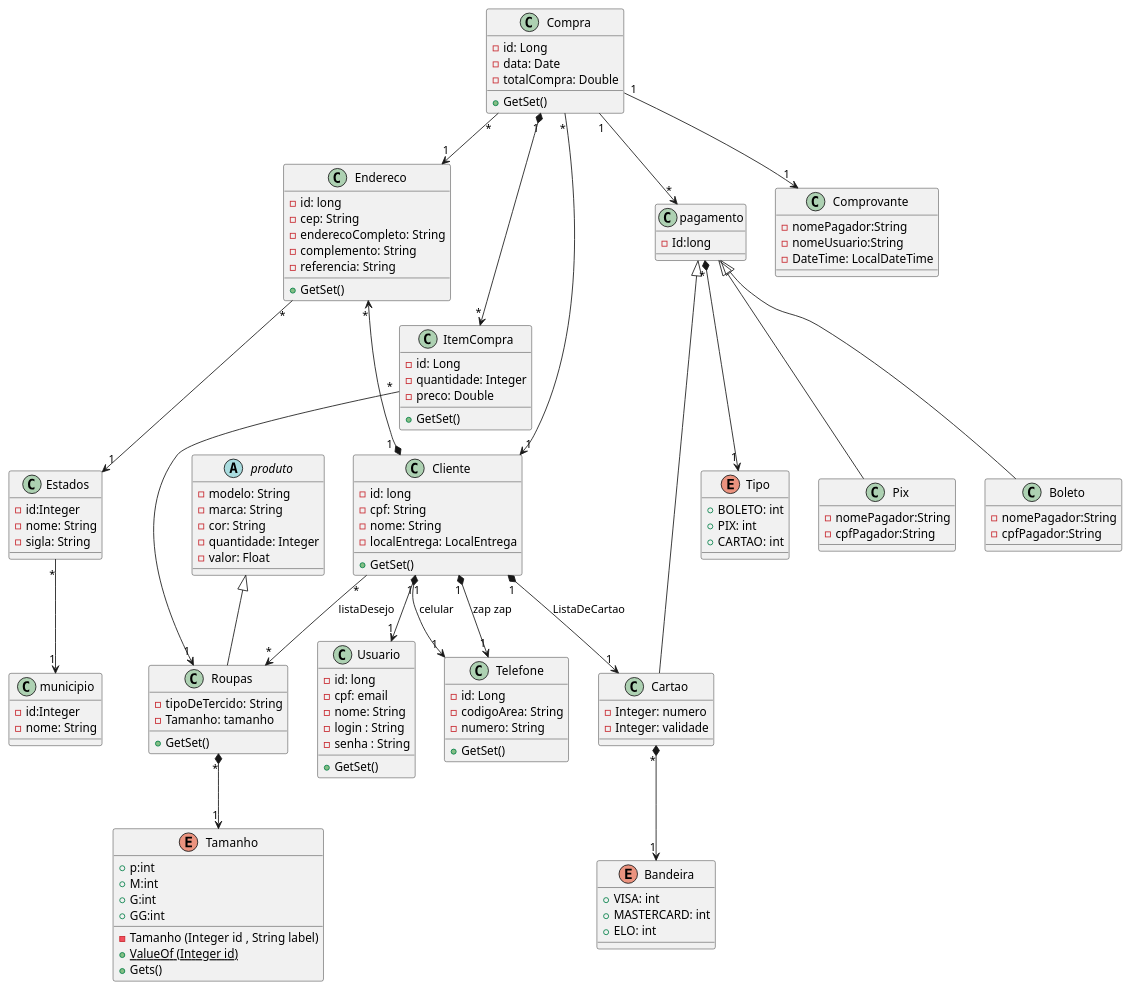
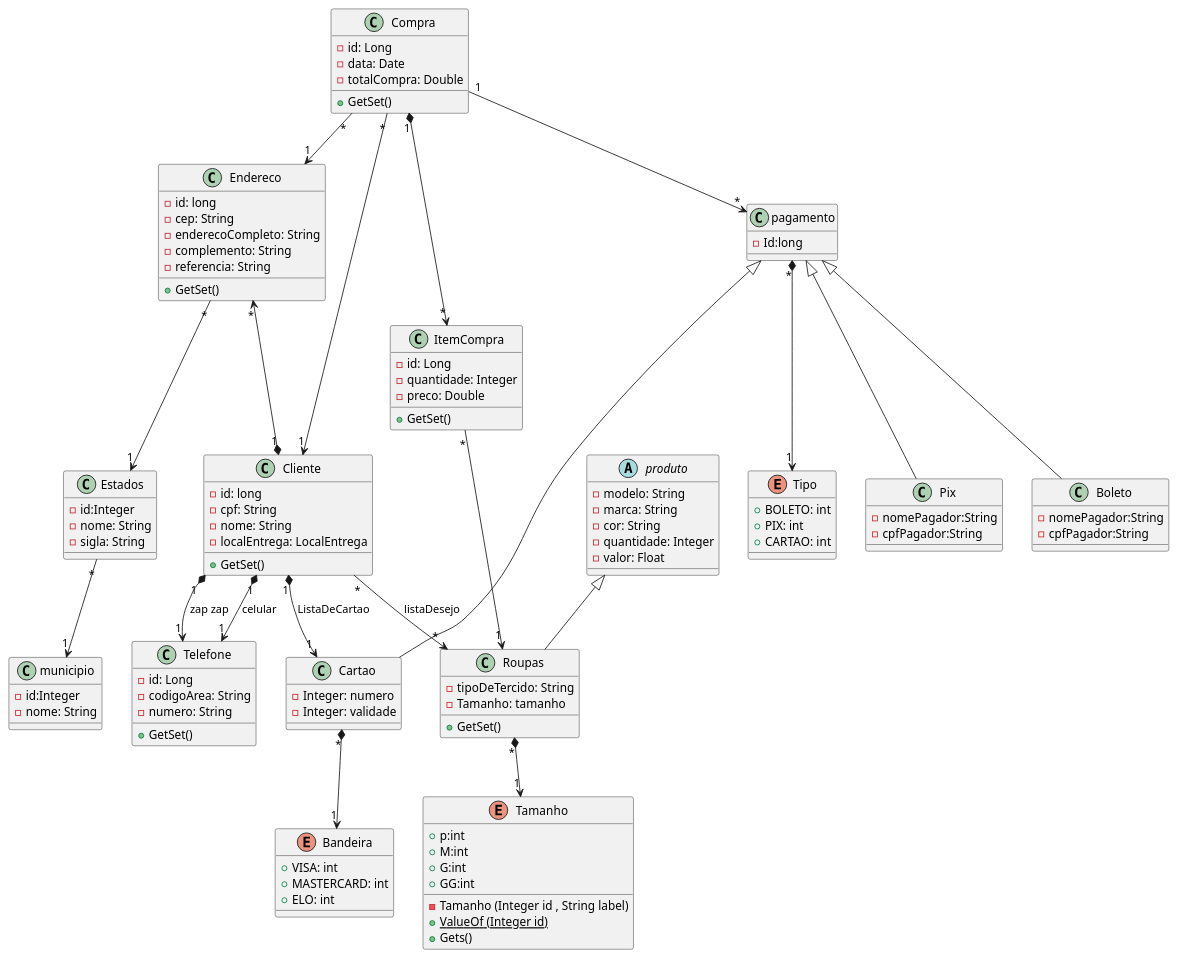
Before and after one commit to Jeezyel/topicos1: the diagram in src/main/java/br/unitins/UML.plantuml, drawn with PlantUML. The commit also changed 12 other files, not shown here.

```diff
--- a/src/main/java/br/unitins/UML.plantuml
+++ b/src/main/java/br/unitins/UML.plantuml
@@ -1,158 +1,143 @@
 @startuml UML
 
 class Roupas{
     - tipoDeTercido: String
     - Tamanho: tamanho
 
     + GetSet()
 
 
-}
-class Usuario {
-    -id: long
-    - cpf: email
-    - nome: String
-    - login : String
-    - senha : String
-
-    + GetSet()
 }
 
 class Cliente{
     -id: long
     - cpf: String
     - nome: String
     - localEntrega: LocalEntrega
 
     + GetSet()
 }
 
 class Endereco{
     - id: long
     - cep: String
     - enderecoCompleto: String
     - complemento: String
     - referencia: String
 
     + GetSet()
 }
 class ItemCompra {
     - id: Long
     - quantidade: Integer
     - preco: Double
     
     + GetSet()
 }
 class Compra {
     - id: Long
     - data: Date
     - totalCompra: Double
     
     + GetSet()
 }
 class Telefone {
     - id: Long
     - codigoArea: String
     - numero: String
     
     + GetSet()
 }
 class municipio{
     -id:Integer
     -nome: String
 
 }
 class Estados{
     -id:Integer
     -nome: String
     -sigla: String
 }
 enum Tamanho{
     + p:int
     + M:int
     + G:int
     + GG:int
  
     - Tamanho (Integer id , String label)
     + {static}ValueOf (Integer id)
     + Gets()
 
 }
 abstract produto{
     - modelo: String
     - marca: String
     - cor: String
     - quantidade: Integer
     - valor: Float
     
 }
 class pagamento{
     -Id:long
 
     
 }
 class Cartao{
     -Integer: numero
     -Integer: validade
     
 }
 enum Bandeira{
     + VISA: int
     + MASTERCARD: int
     + ELO: int
     
 }
 enum Tipo{
     + BOLETO: int
     + PIX: int
     + CARTAO: int
     
 }
 class Pix{
     -nomePagador:String
     -cpfPagador:String
 }
 class Boleto{
     -nomePagador:String
     -cpfPagador:String
 }
-class Comprovante{
-    -nomePagador:String
-    -nomeUsuario:String
-    -DateTime: LocalDateTime
-}
+
 
     pagamento <|-- Boleto
     pagamento <|-- Pix
     pagamento <|-- Cartao
     produto <|-- Roupas
 
     Endereco "*" <--*"1" Cliente
-    Cliente "1" --> "1" Usuario
     Cliente "*" --> "*" Roupas: listaDesejo
 
     Compra "1" *--> "*" ItemCompra
     Compra "*" --> "1" Cliente
     Compra "*"  --> "1" Endereco
-    Compra "1" --> "1" Comprovante
     
 
     ItemCompra "*" --> "1" Roupas
 
     Cliente "1" *--> "1" Telefone: celular
     Cliente "1" *--> "1" Cartao: ListaDeCartao
     Cliente "1" *--> "1" Telefone: zap zap
 
     Compra "1"-->"*" pagamento
 
 
 
 
     Roupas "*" *--> "1" Tamanho
     Cartao "*" *--> "1" Bandeira
     pagamento "*" *--> "1" Tipo
 
     Endereco "*"--> "1" Estados
 
     Estados "*"--> "1" municipio
 @enduml
```
